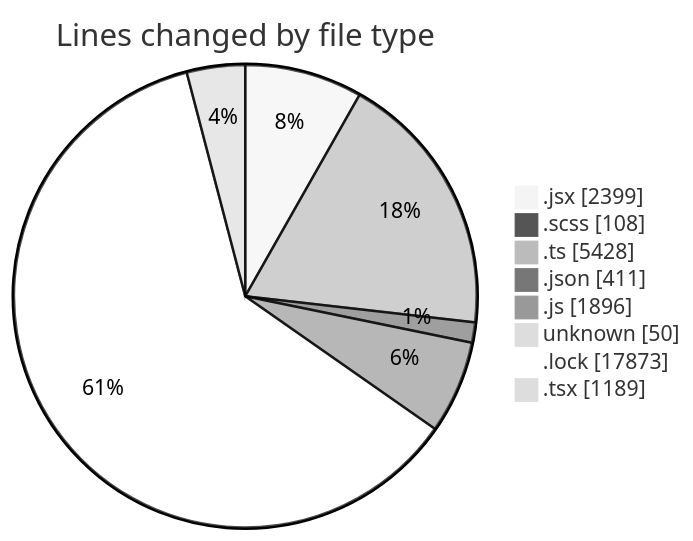
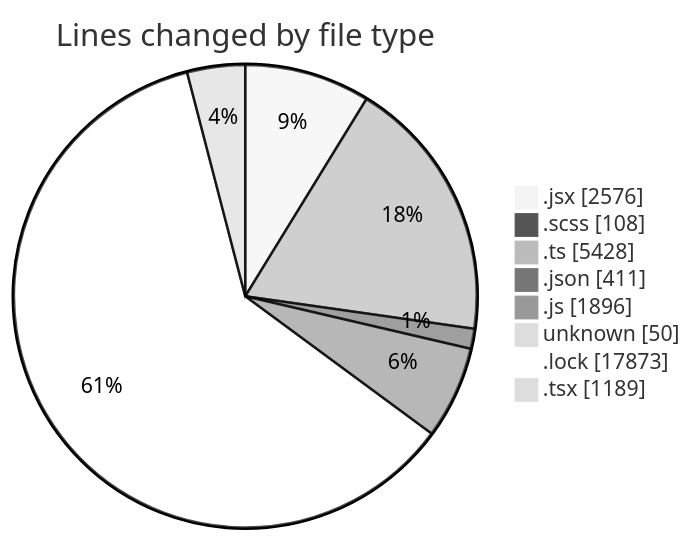
Before and after one commit to momahboobian/code-tracking: the first of 2 diagrams in 2026-09-01/cda/README.md, drawn with Mermaid (neutral theme). The commit also changed other lines of this file and 1 other file, not shown here.

````diff
--- a/2026-09-01/cda/README.md
+++ b/2026-09-01/cda/README.md
@@ -77,12 +77,12 @@
 ```mermaid
 pie showData
 title Lines changed by file type
-".jsx" : 2399
+".jsx" : 2576
 ".scss" : 108
 ".ts" : 5428
 ".json" : 411
 ".js" : 1896
 "unknown" : 50
 ".lock" : 17873
 ".tsx" : 1189
 ```
````
